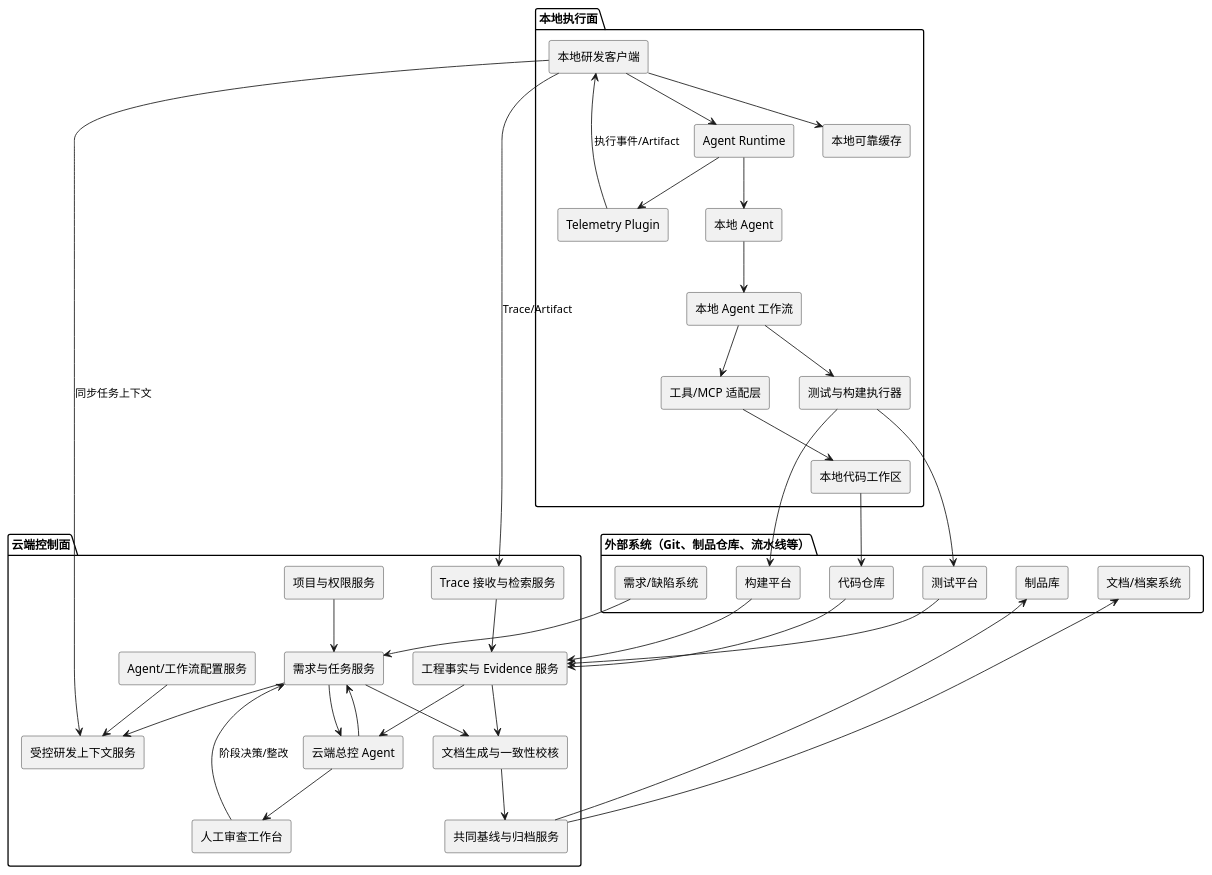
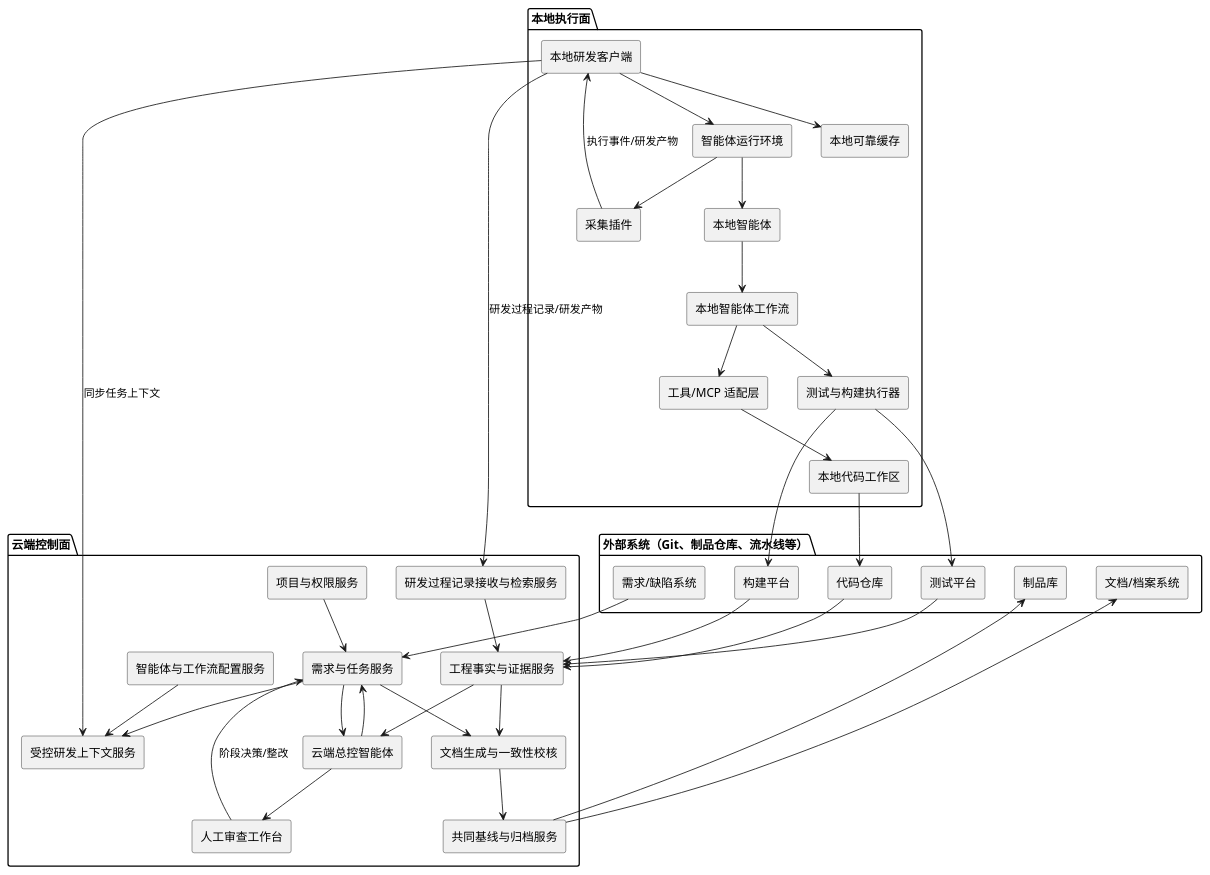
One commit to edwinyao121/ai-rjgc changed the fourth of 7 diagrams in 云端治理与本地智能研发协同平台_UseCase与UML.md. Above: the diagram before and after it, drawn with PlantUML. The commit also changed other lines of this file, not shown here.

````diff
--- a/云端治理与本地智能研发协同平台_UseCase与UML.md
+++ b/云端治理与本地智能研发协同平台_UseCase与UML.md
@@ -458,77 +458,77 @@
 ```plantuml
 @startuml
 skinparam componentStyle rectangle
 
 package "云端控制面" {
   [项目与权限服务] as Project
   [需求与任务服务] as Task
-  [云端总控 Agent] as CloudAgent
+  [云端总控智能体] as CloudAgent
   [受控研发上下文服务] as Context
-  [Agent/工作流配置服务] as Config
-  [Trace 接收与检索服务] as Trace
-  [工程事实与 Evidence 服务] as Evidence
+  [智能体与工作流配置服务] as Config
+  [研发过程记录接收与检索服务] as Trace
+  [工程事实与证据服务] as Evidence
   [人工审查工作台] as ReviewUI
   [文档生成与一致性校核] as Doc
   [共同基线与归档服务] as Baseline
 }
 
 package "本地执行面" {
   [本地研发客户端] as Client
-  [Agent Runtime] as Runtime
-  [本地 Agent] as LocalAgent
-  [本地 Agent 工作流] as Agents
+  [智能体运行环境] as Runtime
+  [本地智能体] as LocalAgent
+  [本地智能体工作流] as Agents
   [工具/MCP 适配层] as Tools
   [本地代码工作区] as Workspace
   [测试与构建执行器] as Validator
-  [Telemetry Plugin] as Plugin
+  [采集插件] as Plugin
   [本地可靠缓存] as Cache
 }
 
 package "外部系统（Git、制品仓库、流水线等）" {
   [代码仓库] as SCM
   [需求/缺陷系统] as Req
   [测试平台] as Test
   [构建平台] as CI
   [制品库] as ArtifactRepo
   [文档/档案系统] as Archive
 }
 
 Project --> Task
 CloudAgent --> Task
 Task --> Context
 Config --> Context
 
 Client --> Context : 同步任务上下文
 Client --> Runtime
 Runtime --> LocalAgent
 LocalAgent --> Agents
 Agents --> Tools
 Tools --> Workspace
 Agents --> Validator
 Validator --> Test
 Validator --> CI
 Workspace --> SCM
 
 Runtime --> Plugin
-Plugin --> Client : 执行事件/Artifact
+Plugin --> Client : 执行事件/研发产物
 Client --> Cache
-Client --> Trace : Trace/Artifact
+Client --> Trace : 研发过程记录/研发产物
 
 Trace --> Evidence
 Task --> CloudAgent
 Evidence --> CloudAgent
 CloudAgent --> ReviewUI
 ReviewUI --> Task : 阶段决策/整改
 
 Evidence --> Doc
 Task --> Doc
 Doc --> Baseline
 Baseline --> Archive
 Baseline --> ArtifactRepo
 
 Req --> Task
 SCM --> Evidence
 Test --> Evidence
 CI --> Evidence
 @enduml
 ```
````
